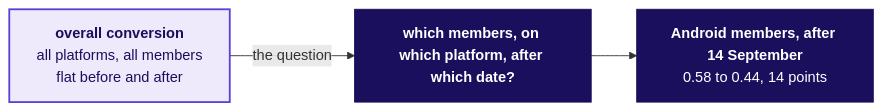
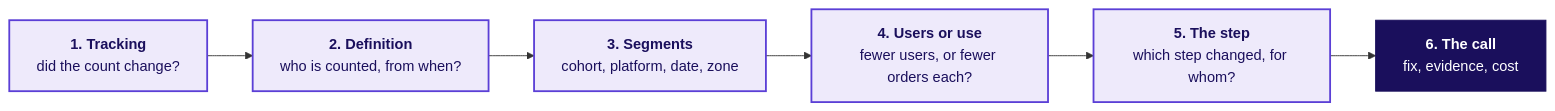
Before and after one commit to fde-academy-lab/c2-content-factory: the second of 3 diagrams in content/W04/D4/slides/C2_W04_D04_half2_STUDENT.md, drawn with Mermaid. The commit also changed other lines of this file and 43 other files, not shown here.

````diff
--- a/content/W04/D4/slides/C2_W04_D04_half2_STUDENT.md
+++ b/content/W04/D4/slides/C2_W04_D04_half2_STUDENT.md
@@ -90,9 +139,12 @@
 ```mermaid
 flowchart LR
-    A["<b>overall conversion</b><br/>all platforms, all members<br/>flat before and after"] -->|the question| B["<b>which members, on which platform, after which date?</b>"]
-    B --> C["<b>Android members, after 14 September</b><br/>0.58 to 0.44, 14 points"]
-    classDef bet fill:#1A0F5C,stroke:#1A0F5C,color:#FFFFFF
+    A["<b>1. Tracking</b><br/>did the count change?"] --> B["<b>2. Definition</b><br/>who is counted, from when?"]
+    B --> C["<b>3. Segments</b><br/>cohort, platform, date, zone"]
+    C --> D["<b>4. Users or use</b><br/>fewer users, or fewer orders each?"]
+    D --> E["<b>5. The step</b><br/>which step changed, for whom?"]
+    E --> F["<b>6. The call</b><br/>fix, evidence, cost"]
     classDef known fill:#EEEAFB,stroke:#5B3FD6,color:#1A0F5C,stroke-width:2px
-    class A known
-    class B,C bet
+    classDef lit fill:#1A0F5C,stroke:#1A0F5C,color:#FFFFFF
+    class A,B,C,D,E known
+    class F lit
 ```
````
